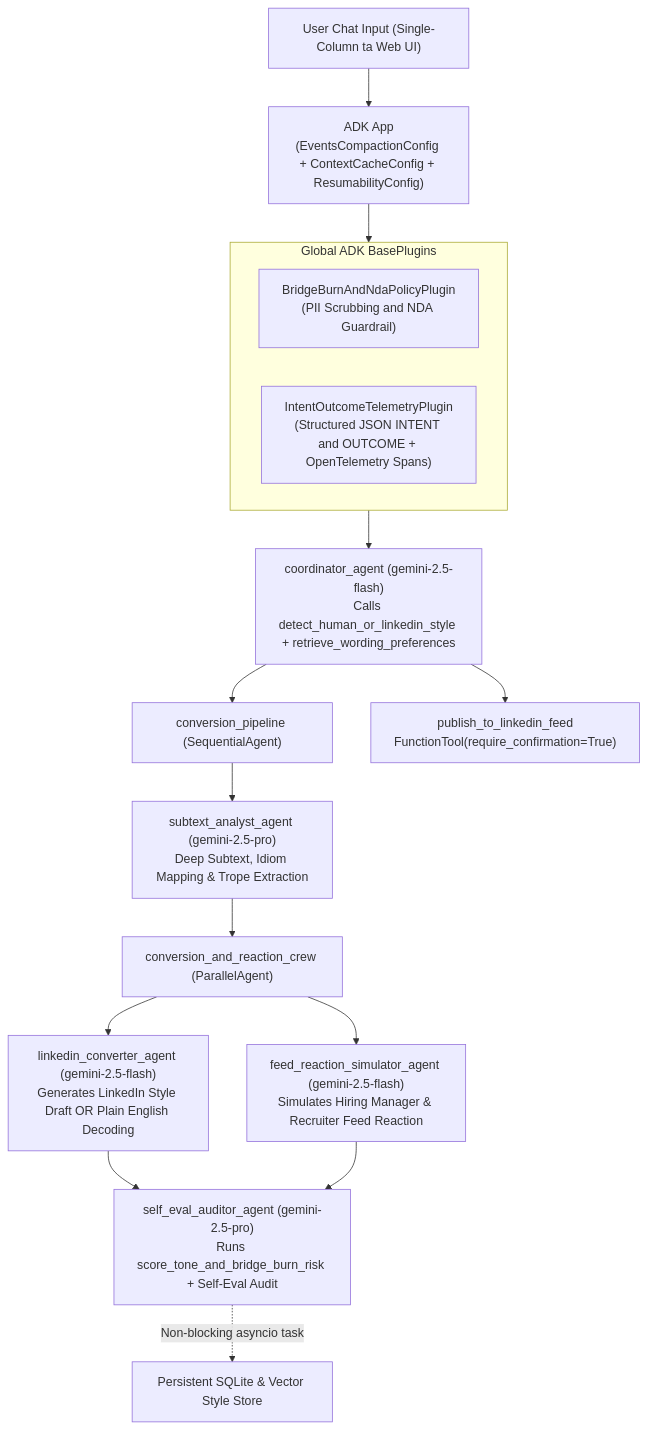
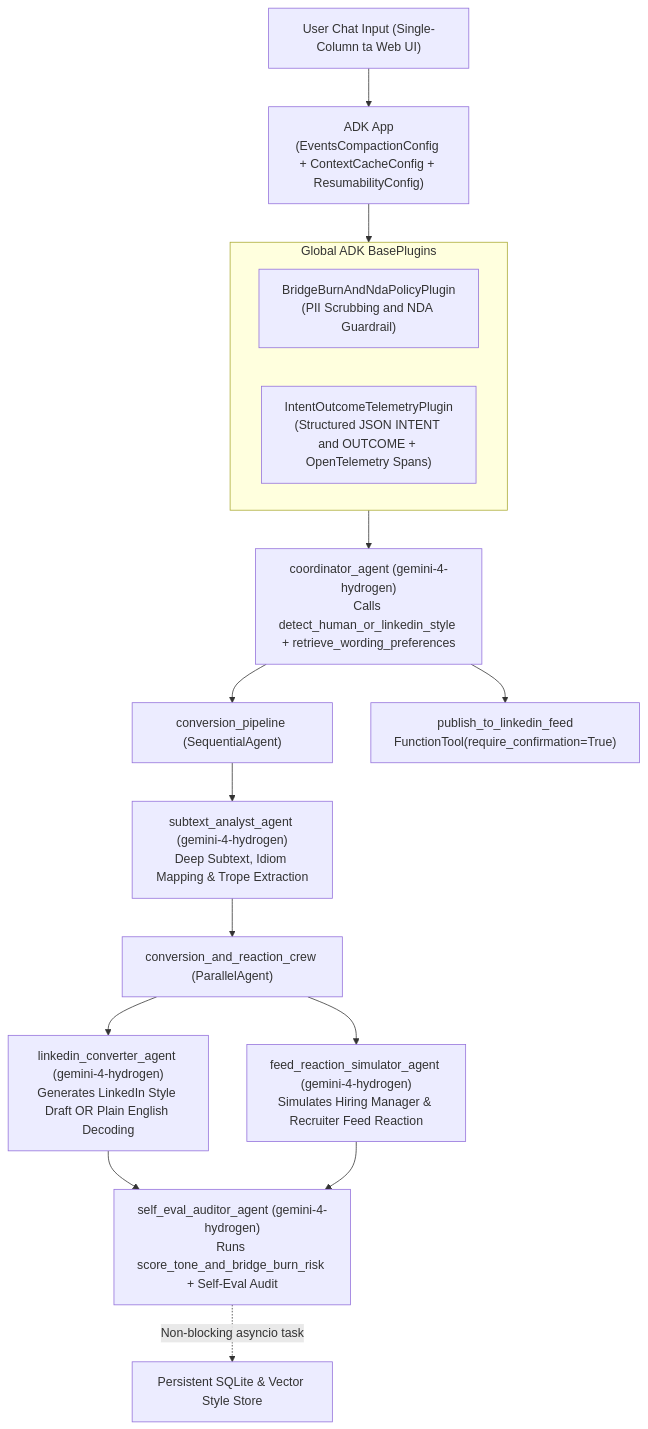
Before and after one commit to exloongle/thrilled-to-announce: the diagram in README.md, drawn with Mermaid. The commit also changed other lines of this file and 7 other files, not shown here.

Commit message:
feat: use gemini-4-hydrogen as the single model

````diff
--- a/README.md
+++ b/README.md
@@ -25,25 +25,25 @@
 ```mermaid
 flowchart TD
     User["User Chat Input (Single-Column ta Web UI)"] --> App["ADK App<br/>(EventsCompactionConfig + ContextCacheConfig + ResumabilityConfig)"]
 
     subgraph GlobalPlugins["Global ADK BasePlugins"]
         P1["BridgeBurnAndNdaPolicyPlugin<br/>(PII Scrubbing and NDA Guardrail)"]
         P2["IntentOutcomeTelemetryPlugin<br/>(Structured JSON INTENT and OUTCOME + OpenTelemetry Spans)"]
     end
 
     App --> GlobalPlugins
-    GlobalPlugins --> Coord["coordinator_agent (gemini-2.5-flash)<br/>Calls detect_human_or_linkedin_style + retrieve_wording_preferences"]
+    GlobalPlugins --> Coord["coordinator_agent (gemini-4-hydrogen)<br/>Calls detect_human_or_linkedin_style + retrieve_wording_preferences"]
 
     Coord --> Seq["conversion_pipeline (SequentialAgent)"]
-    Seq --> Subtext["subtext_analyst_agent (gemini-2.5-pro)<br/>Deep Subtext, Idiom Mapping & Trope Extraction"]
+    Seq --> Subtext["subtext_analyst_agent (gemini-4-hydrogen)<br/>Deep Subtext, Idiom Mapping & Trope Extraction"]
     Subtext --> Par["conversion_and_reaction_crew (ParallelAgent)"]
 
-    Par --> Conv["linkedin_converter_agent (gemini-2.5-flash)<br/>Generates LinkedIn Style Draft OR Plain English Decoding"]
-    Par --> React["feed_reaction_simulator_agent (gemini-2.5-flash)<br/>Simulates Hiring Manager & Recruiter Feed Reaction"]
+    Par --> Conv["linkedin_converter_agent (gemini-4-hydrogen)<br/>Generates LinkedIn Style Draft OR Plain English Decoding"]
+    Par --> React["feed_reaction_simulator_agent (gemini-4-hydrogen)<br/>Simulates Hiring Manager & Recruiter Feed Reaction"]
 
-    Conv --> Audit["self_eval_auditor_agent (gemini-2.5-pro)<br/>Runs score_tone_and_bridge_burn_risk + Self-Eval Audit"]
+    Conv --> Audit["self_eval_auditor_agent (gemini-4-hydrogen)<br/>Runs score_tone_and_bridge_burn_risk + Self-Eval Audit"]
     React --> Audit
 
     Coord --> HITL["publish_to_linkedin_feed<br/>FunctionTool(require_confirmation=True)"]
     Audit -. "Non-blocking asyncio task" .-> Vec["Persistent SQLite & Vector Style Store"]
 ```
````
